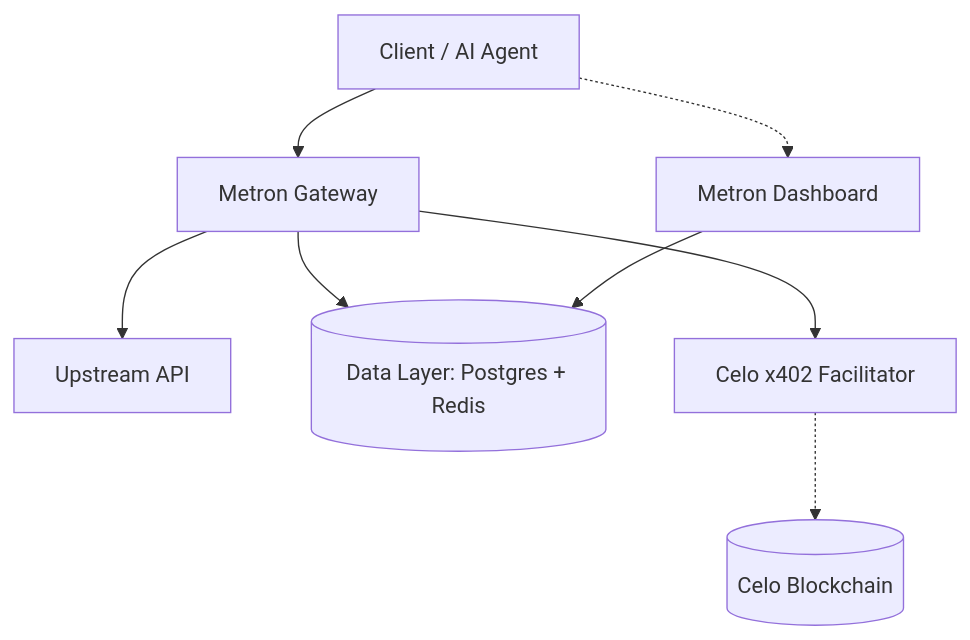
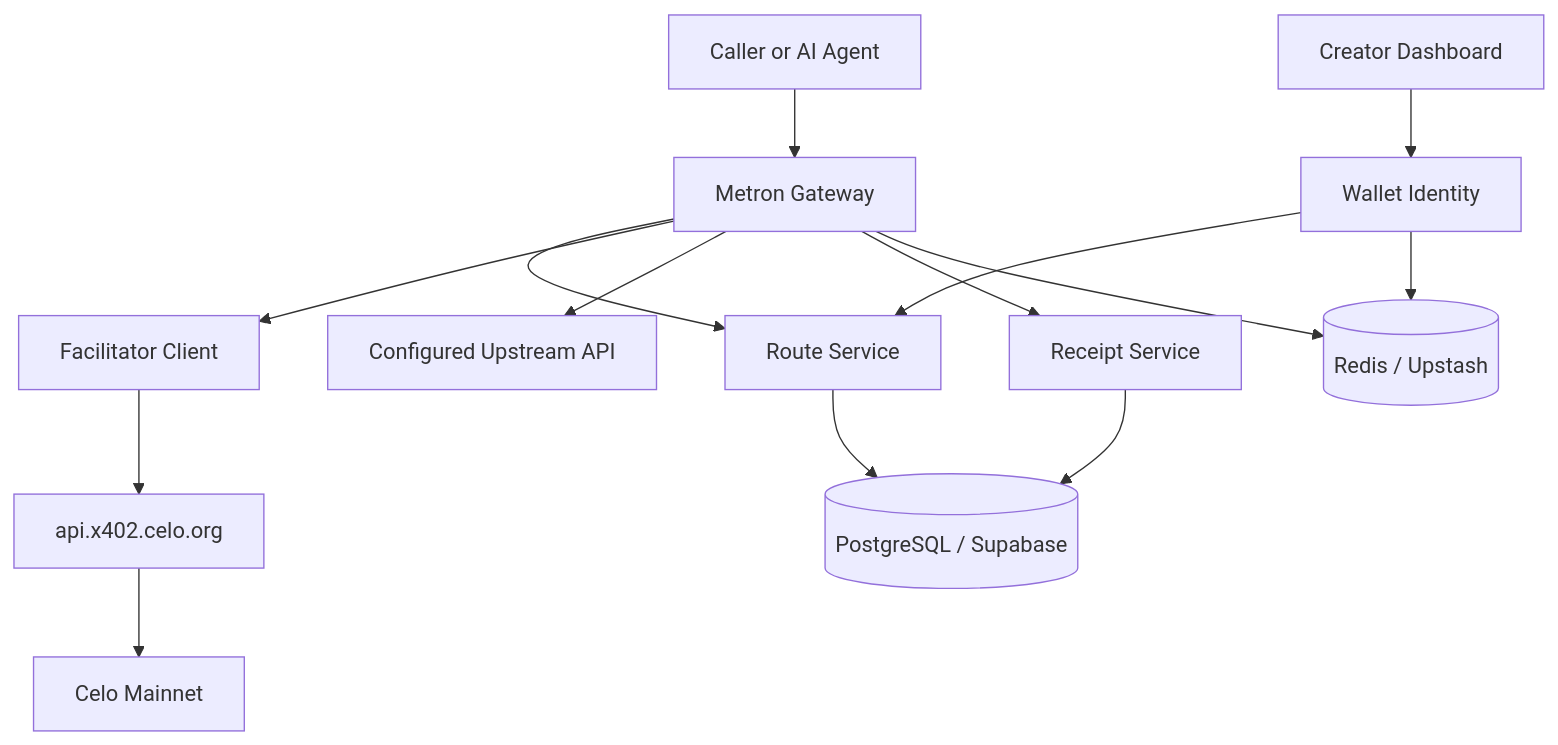
The first of 3 diagrams in docs/system-architecture-and-database-schema.md (Devendurance/usemetron), drawn with Mermaid before and after one commit. The commit also changed other lines of this file and 176 other files, not shown here.

````diff
--- a/docs/system-architecture-and-database-schema.md
+++ b/docs/system-architecture-and-database-schema.md
@@ -43,12 +87,16 @@
 ```mermaid
 flowchart TD
-    Client[Client / AI Agent] --> Gateway[Metron Gateway]
-    Client -.-> Dashboard[Metron Dashboard]
-    
-    Gateway --> Upstream[Upstream API]
-    Gateway --> DataLayer[(Data Layer: Postgres + Redis)]
-    Gateway --> Celo[Celo x402 Facilitator]
-    
-    Dashboard --> DataLayer
-    Celo -.-> Blockchain[(Celo Blockchain)]
+  Caller[Caller or AI Agent] --> Gateway[Metron Gateway]
+  Creator[Creator Dashboard] --> Identity[Wallet Identity]
+  Identity --> Routes[Route Service]
+  Gateway --> Routes
+  Gateway --> Verify[Facilitator Client]
+  Gateway --> Upstream[Configured Upstream API]
+  Gateway --> Receipts[Receipt Service]
+  Routes --> Postgres[(PostgreSQL / Supabase)]
+  Receipts --> Postgres
+  Gateway --> Redis[(Redis / Upstash)]
+  Identity --> Redis
+  Verify --> Facilitator[api.x402.celo.org]
+  Facilitator --> Mainnet[Celo Mainnet]
 ```
````
